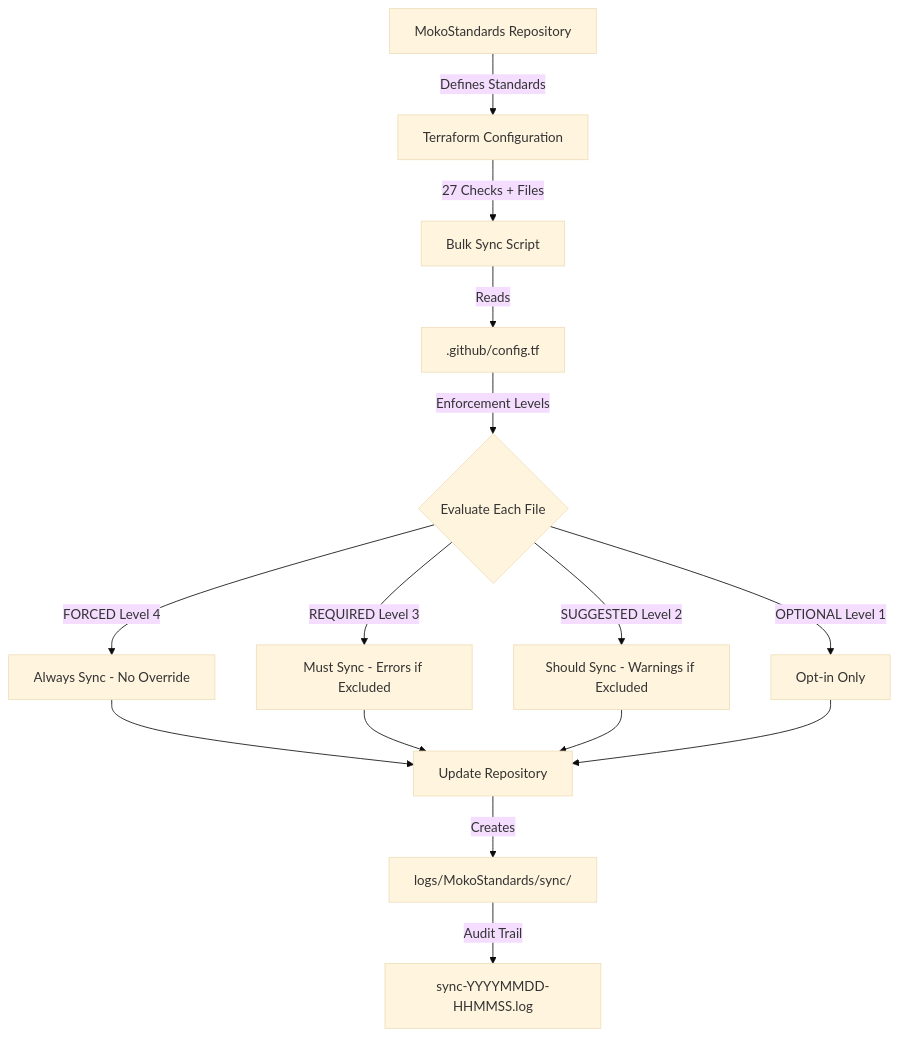
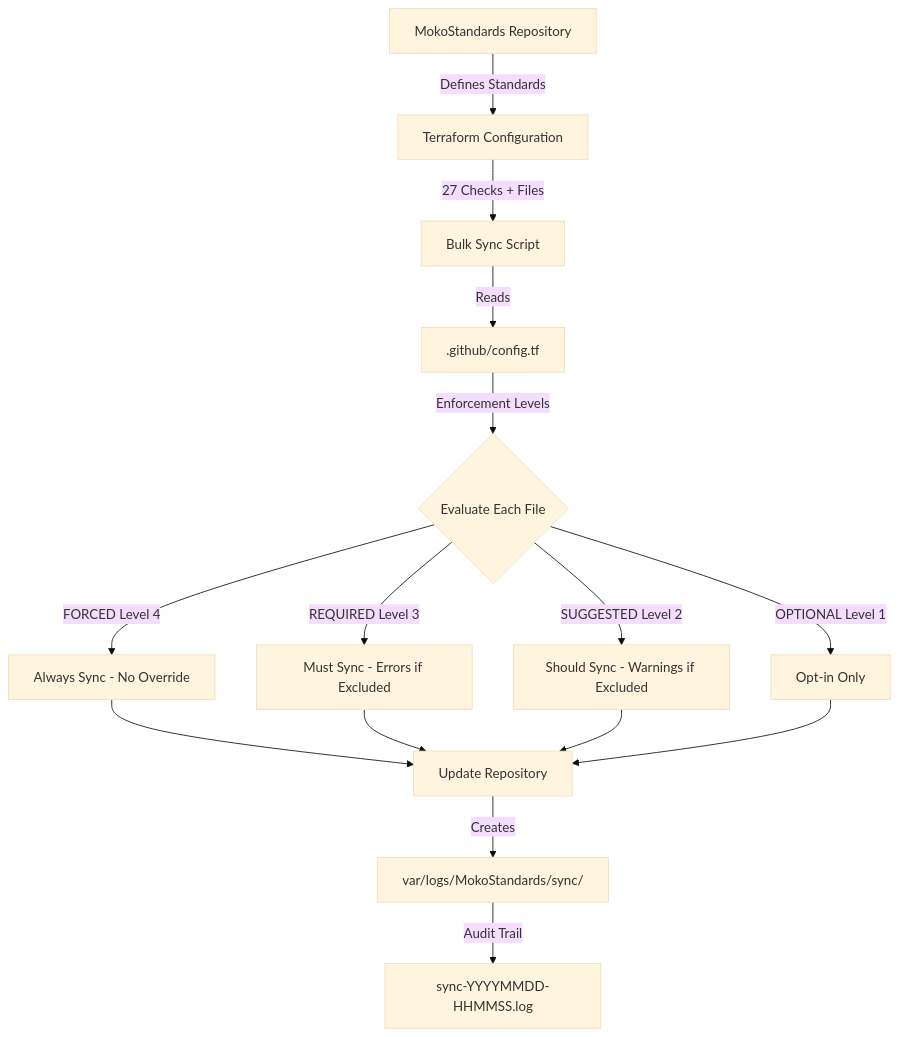
The diagram in docs/training/session-7-terraform-infrastructure.md (mokoconsulting-tech/MokoStandards), drawn with Mermaid (base theme) before and after one commit. The commit also changed other lines of this file and 104 other files, not shown here.

````diff
--- a/docs/training/session-7-terraform-infrastructure.md
+++ b/docs/training/session-7-terraform-infrastructure.md
@@ -494,17 +494,17 @@
 ```mermaid
 graph TD
     A[MokoStandards Repository] -->|Defines Standards| B[Terraform Configuration]
     B -->|27 Checks + Files| C[Bulk Sync Script]
     C -->|Reads| D[.github/config.tf]
     D -->|Enforcement Levels| E{Evaluate Each File}
     E -->|FORCED Level 4| F[Always Sync - No Override]
     E -->|REQUIRED Level 3| G[Must Sync - Errors if Excluded]
     E -->|SUGGESTED Level 2| H[Should Sync - Warnings if Excluded]
     E -->|OPTIONAL Level 1| I[Opt-in Only]
     F --> J[Update Repository]
     G --> J
     H --> J
     I --> J
-    J -->|Creates| K[logs/MokoStandards/sync/]
+    J -->|Creates| K[var/logs/MokoStandards/sync/]
     K -->|Audit Trail| L[sync-YYYYMMDD-HHMMSS.log]
 ```
````
